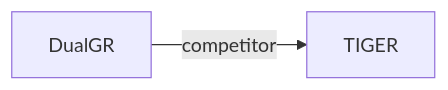
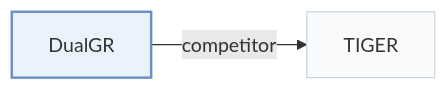
Before and after one commit to Galaxy-ghost/Awesome-SID-Generative-Rec: the second of 2 diagrams in pages/papers/dualgr.md, drawn with Mermaid. The commit also changed other lines of this file and 649 other files, not shown here.

Commit message:
writer-05: also tags and modality index (schema, check, build, visuals); summary field removed; calibration data for 12 papers

````diff
--- a/pages/papers/dualgr.md
+++ b/pages/papers/dualgr.md
@@ -70,5 +75,9 @@
 ```mermaid
 flowchart LR
     P["DualGR"]
-    P -->|competitor| A["TIGER"]
+    P -->|"competitor"| A["TIGER"]
+    classDef main fill:#eaf2fb,stroke:#6b8fc7,stroke-width:2px
+    classDef peer fill:#f8fafc,stroke:#cbd5e1
+    class P main
+    class A peer
 ```
````
